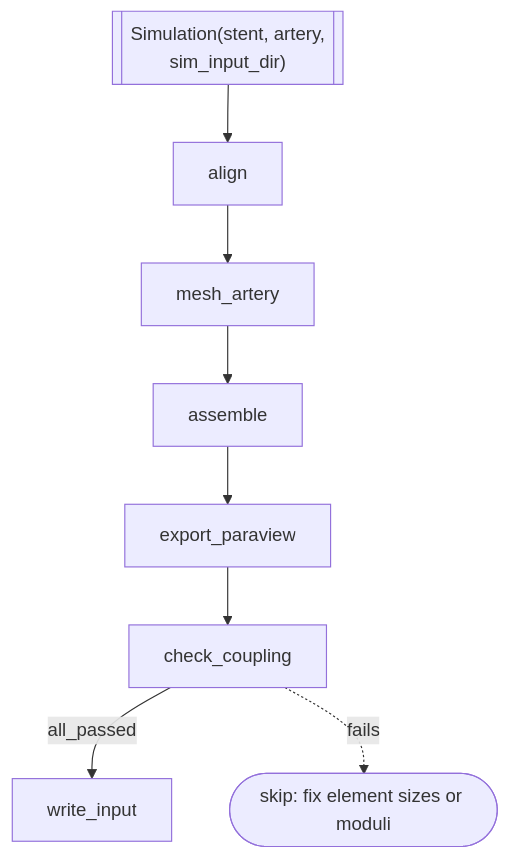
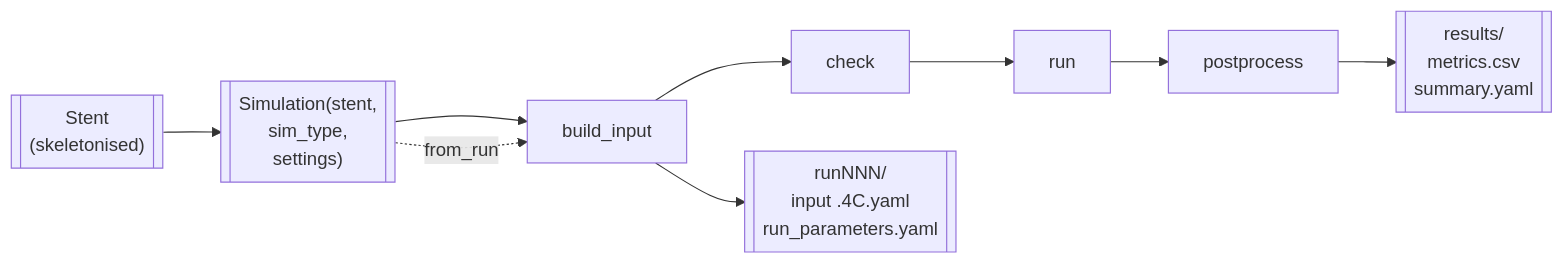
The third of 3 diagrams in docs/workflow.md (VuralAktas/stentFIT), drawn with Mermaid before and after one commit. The commit also changed other lines of this file and 9 other files, not shown here.

````diff
--- a/docs/workflow.md
+++ b/docs/workflow.md
@@ -149,10 +184,11 @@
 ```{mermaid}
-graph TD
-    I[["Simulation(stent, artery,<br/>sim_input_dir)"]] --> A[align]
-    A --> B[mesh_artery]
-    B --> C[assemble]
-    C --> D[export_paraview]
-    D --> E[check_coupling]
-    E -->|all_passed| F[write_input]
-    E -.->|fails| X([skip: fix element sizes or moduli])
+graph LR
+    S[["Stent<br/>(skeletonised)"]] --> I[["Simulation(stent,<br/>sim_type,<br/>settings)"]]
+    I --> B[build_input]
+    B --> C[check]
+    C --> R[run]
+    R --> P[postprocess]
+    B --> F[["runNNN/<br/>input .4C.yaml<br/>run_parameters.yaml"]]
+    P --> M[["results/<br/>metrics.csv<br/>summary.yaml"]]
+    I -.->|from_run| B
 ```
````
